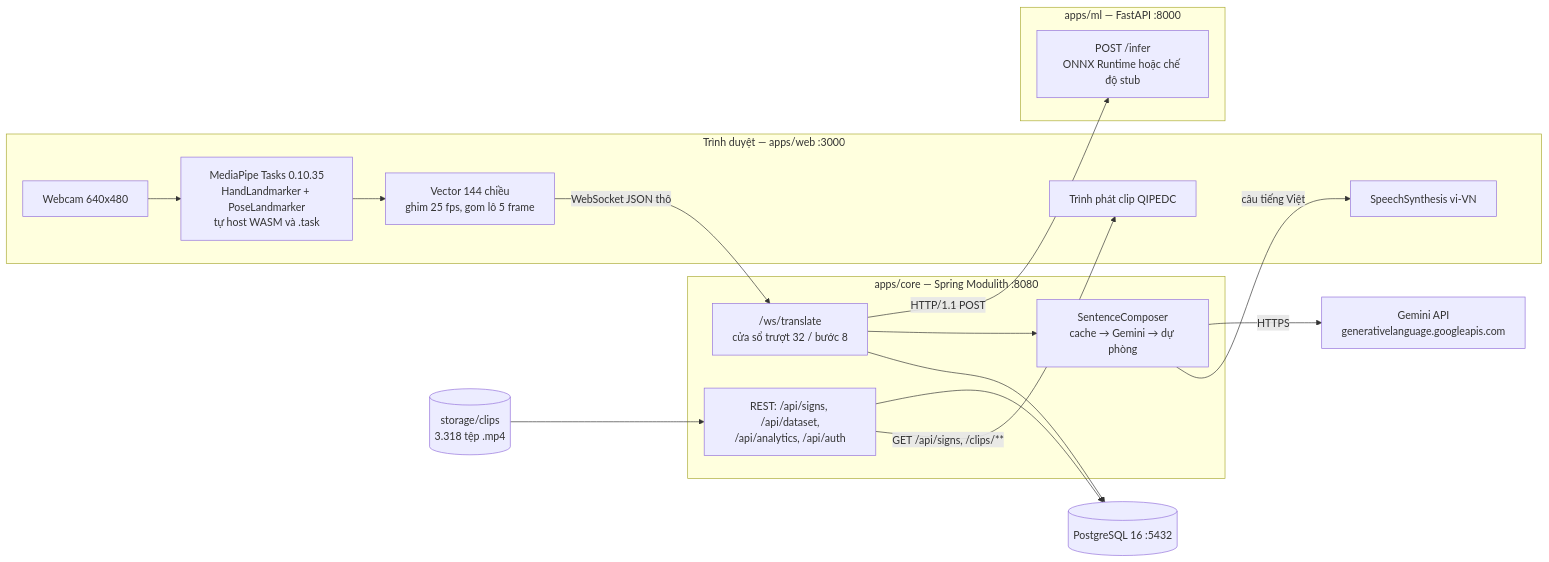
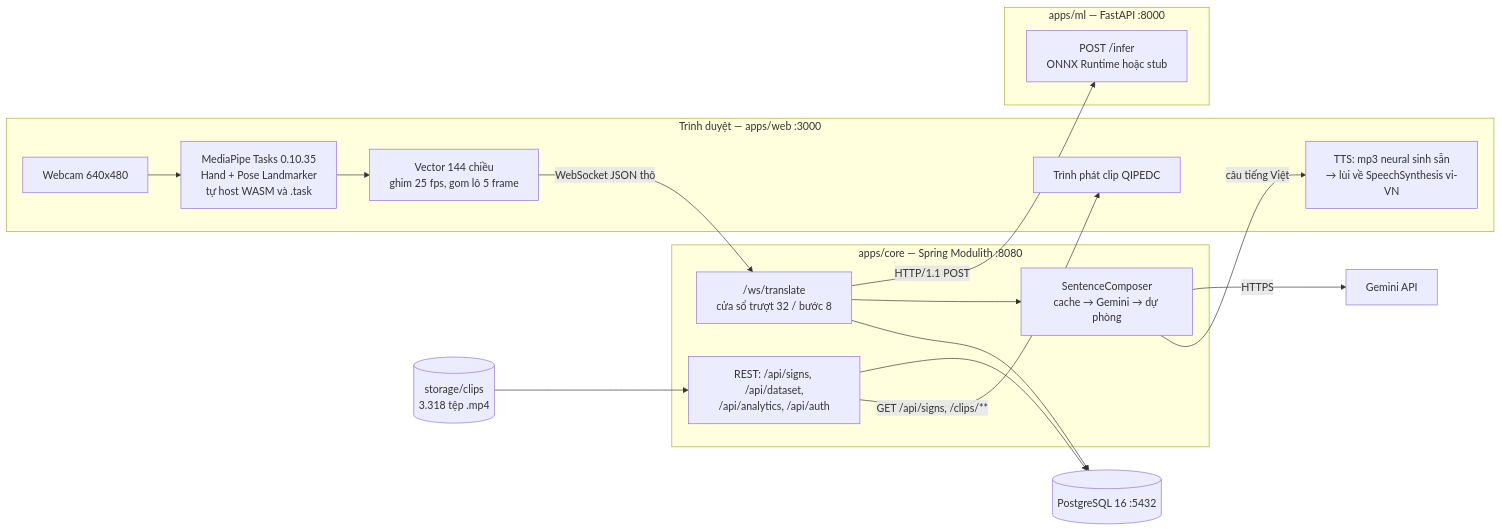
The first of 3 diagrams in docs/report/chuong-3-kien-truc.md (minKasent/signbridge), drawn with Mermaid before and after one commit. The commit also changed other lines of this file and 5 other files, not shown here.

````diff
--- a/docs/report/chuong-3-kien-truc.md
+++ b/docs/report/chuong-3-kien-truc.md
@@ -27,33 +22,30 @@
 ```mermaid
 flowchart LR
     subgraph B["Trình duyệt — apps/web :3000"]
-        CAM["Webcam 640x480"] --> MP["MediaPipe Tasks 0.10.35<br/>HandLandmarker + PoseLandmarker<br/>tự host WASM và .task"]
+        CAM["Webcam 640x480"] --> MP["MediaPipe Tasks 0.10.35<br/>Hand + Pose Landmarker<br/>tự host WASM và .task"]
         MP --> VEC["Vector 144 chiều<br/>ghim 25 fps, gom lô 5 frame"]
-        TTS["SpeechSynthesis vi-VN"]
+        TTS["TTS: mp3 neural sinh sẵn<br/>→ lùi về SpeechSynthesis vi-VN"]
         PLAY["Trình phát clip QIPEDC"]
     end
-
     subgraph C["apps/core — Spring Modulith :8080"]
         WS["/ws/translate<br/>cửa sổ trượt 32 / bước 8"]
         REST["REST: /api/signs, /api/dataset,<br/>/api/analytics, /api/auth"]
         LLM["SentenceComposer<br/>cache → Gemini → dự phòng"]
     end
-
     subgraph M["apps/ml — FastAPI :8000"]
-        INF["POST /infer<br/>ONNX Runtime hoặc chế độ stub"]
+        INF["POST /infer<br/>ONNX Runtime hoặc stub"]
     end
-
     DB[("PostgreSQL 16 :5432")]
-    GEM["Gemini API<br/>generativelanguage.googleapis.com"]
+    GEM["Gemini API"]
     CLIP[("storage/clips<br/>3.318 tệp .mp4")]
 
     VEC -- "WebSocket JSON thô" --> WS
     WS -- "HTTP/1.1 POST" --> INF
     WS --> LLM
     LLM -- "HTTPS" --> GEM
     LLM -- "câu tiếng Việt" --> TTS
     REST --> DB
     WS --> DB
     REST -- "GET /api/signs, /clips/**" --> PLAY
     CLIP --> REST
 ```
````
